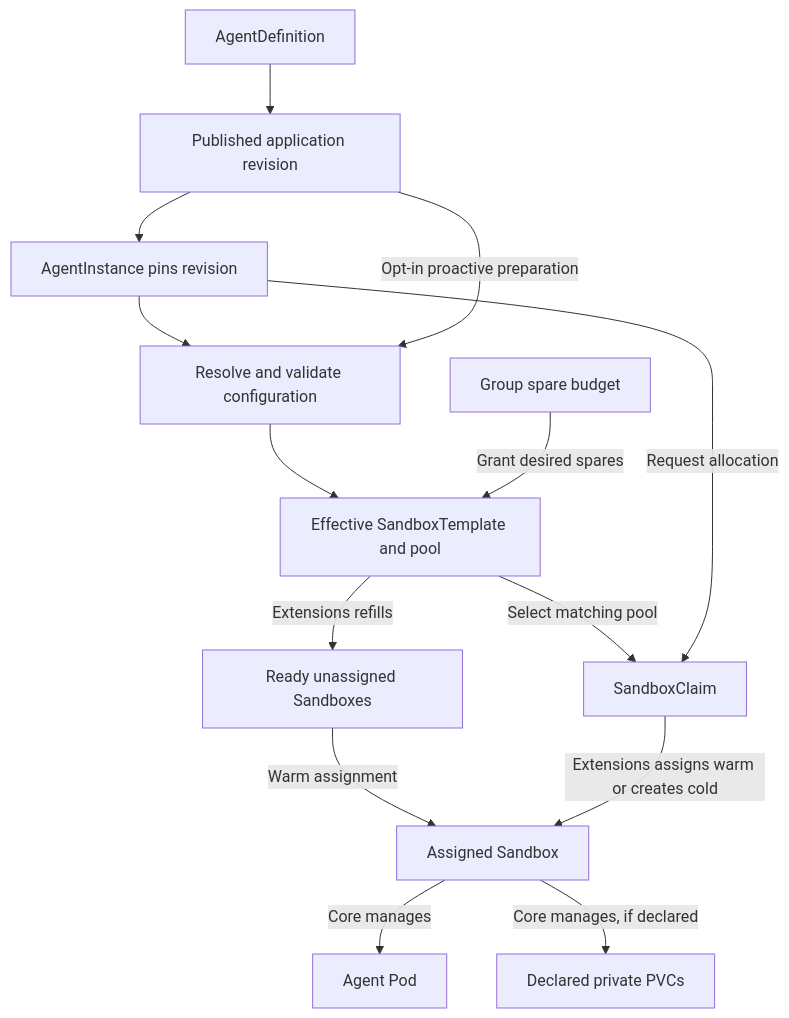
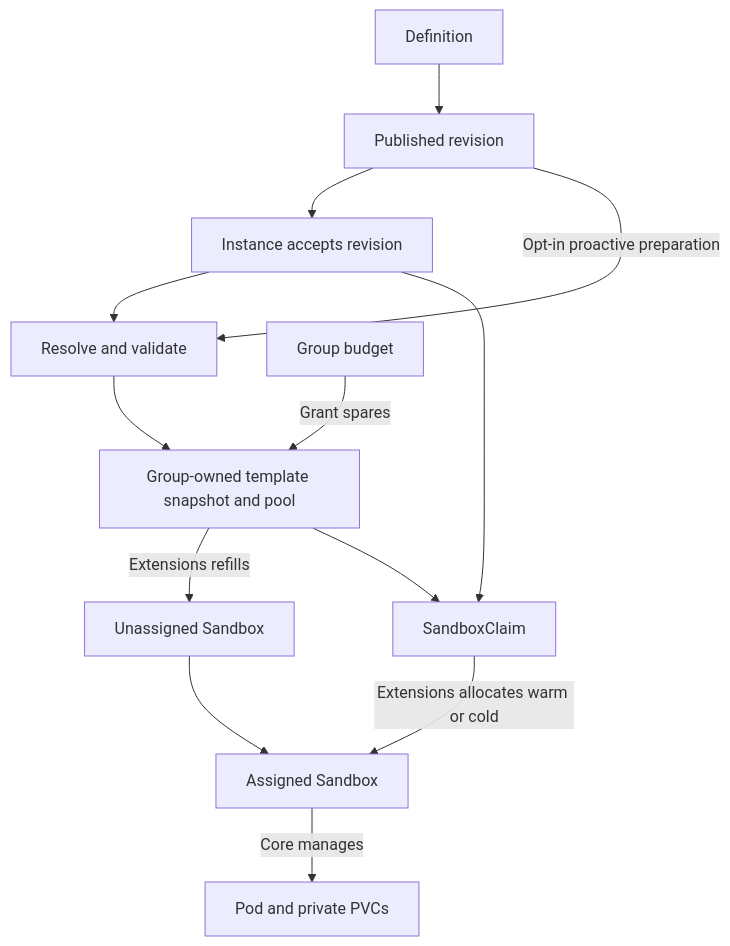
Before and after one commit to chizhang21/agentrally-operator: the second of 2 diagrams in docs/architecture.md, drawn with Mermaid. The commit also changed other lines of this file and 69 other files, not shown here.

````diff
--- a/docs/architecture.md
+++ b/docs/architecture.md
@@ -96,27 +57,15 @@
 ```mermaid
 flowchart TD
-    D["AgentDefinition"]
-    V["Published application revision"]
-    I["AgentInstance pins revision"]
-    R["Resolve and validate configuration"]
-    P["Effective SandboxTemplate and pool"]
-    G["Group spare budget"]
-    W["Ready unassigned Sandboxes"]
-    CL["SandboxClaim"]
-    S["Assigned Sandbox"]
-    X["Agent Pod"]
-    PVC["Declared private PVCs"]
-    D --> V
-    V --> I
-    I --> R
-    V -->|"Opt-in proactive preparation"| R
-    R --> P
-    G -->|"Grant desired spares"| P
-    P -->|"Extensions refills"| W
-    P -->|"Select matching pool"| CL
-    I -->|"Request allocation"| CL
-    W -->|"Warm assignment"| S
-    CL -->|"Extensions assigns warm or creates cold"| S
-    S -->|"Core manages"| X
-    S -->|"Core manages, if declared"| PVC
+    D["Definition"] --> R["Published revision"]
+    R --> I["Instance accepts revision"]
+    I --> V["Resolve and validate"]
+    R -->|"Opt-in proactive preparation"| V
+    V --> P["Group-owned template snapshot and pool"]
+    G["Group budget"] -->|"Grant spares"| P
+    P -->|"Extensions refills"| W["Unassigned Sandbox"]
+    I --> CL["SandboxClaim"]
+    P --> CL
+    W --> S["Assigned Sandbox"]
+    CL -->|"Extensions allocates warm or cold"| S
+    S -->|"Core manages"| X["Pod and private PVCs"]
 ```
````
